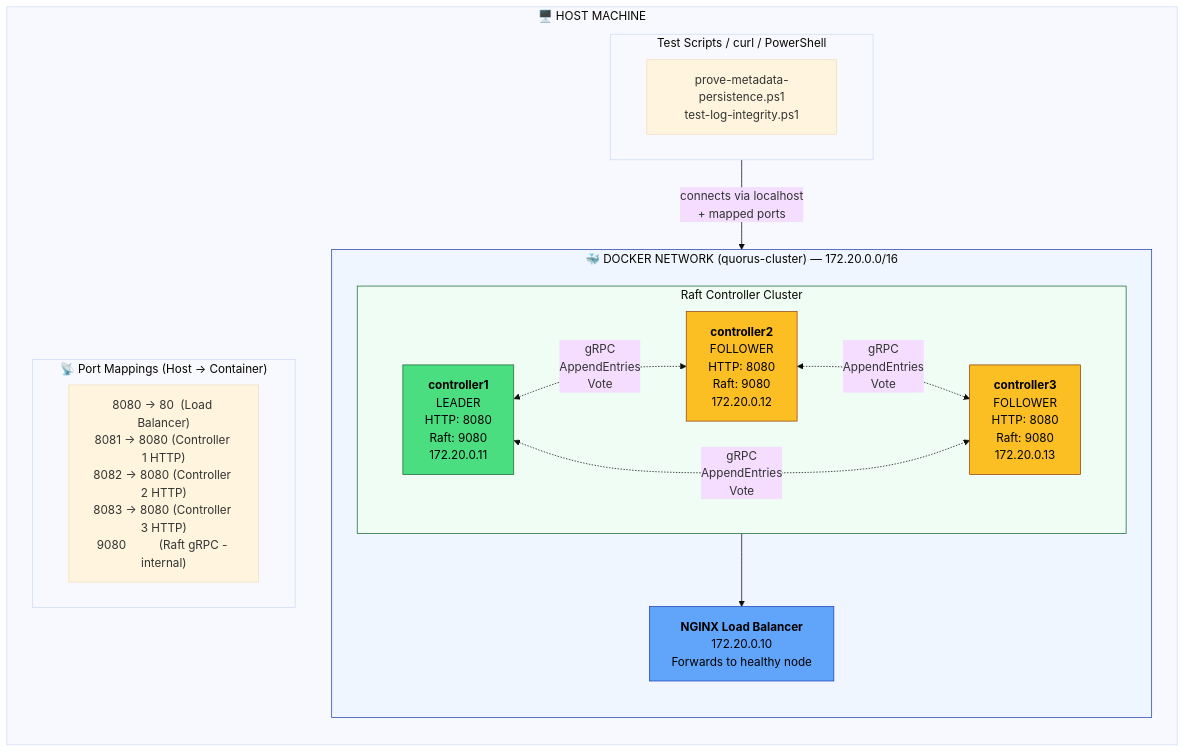
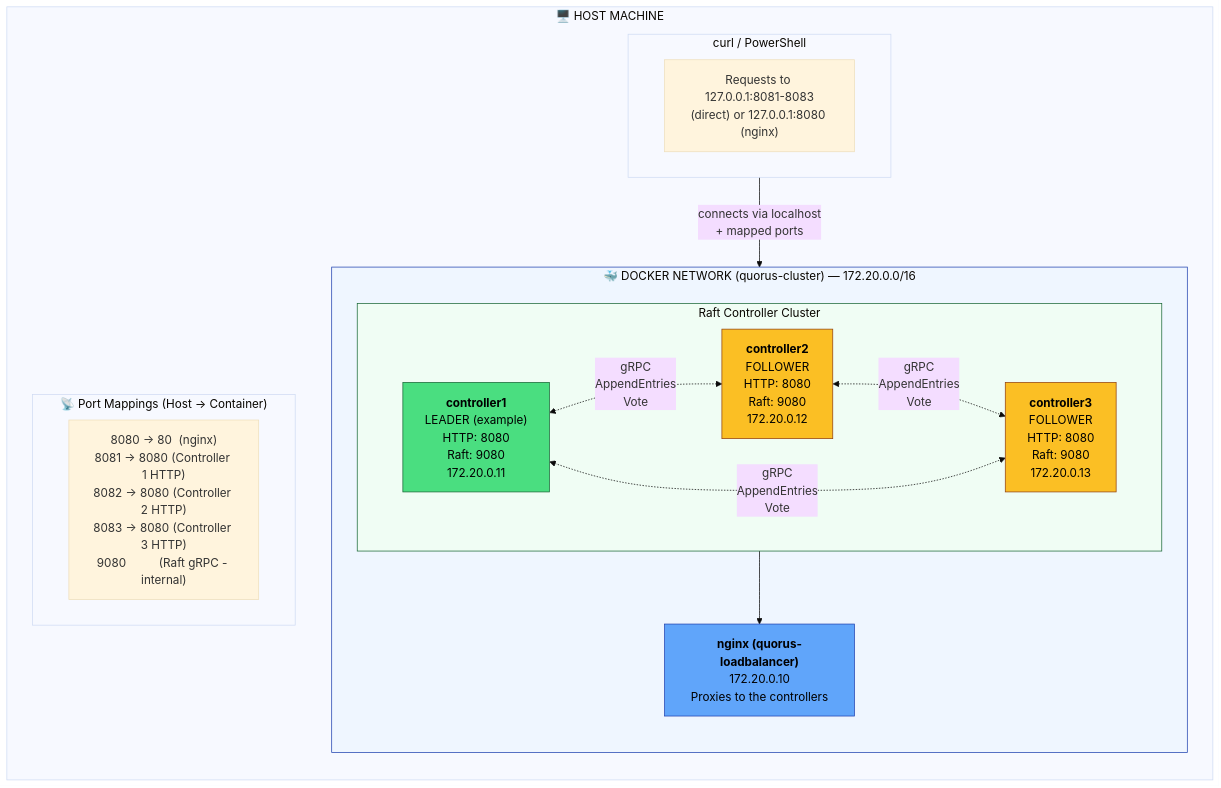
One commit to mraysmit/quorus changed the diagram in docs-design/testing/QUORUS_RAFT_CLUSTER_TESTING.md. Above: the diagram before and after it, drawn with Mermaid (base theme). The commit also changed other lines of this file and 50 other files, not shown here.

````diff
--- a/docs-design/testing/QUORUS_RAFT_CLUSTER_TESTING.md
+++ b/docs-design/testing/QUORUS_RAFT_CLUSTER_TESTING.md
@@ -126,43 +131,43 @@
 ```mermaid
 flowchart TB
     subgraph HOST["🖥️ HOST MACHINE"]
         direction TB
         
-        subgraph TESTS["Test Scripts / curl / PowerShell"]
-            T1["prove-metadata-persistence.ps1<br/>test-log-integrity.ps1"]
+        subgraph TESTS["curl / PowerShell"]
+            T1["Requests to 127.0.0.1:8081-8083<br/>(direct) or 127.0.0.1:8080 (nginx)"]
         end
         
         TESTS -->|"connects via localhost<br/>+ mapped ports"| DOCKER
         
         subgraph DOCKER["🐳 DOCKER NETWORK (quorus-cluster) — 172.20.0.0/16"]
             direction TB
             
             subgraph CLUSTER["Raft Controller Cluster"]
                 direction LR
-                C1["<b>controller1</b><br/>LEADER<br/>HTTP: 8080<br/>Raft: 9080<br/>172.20.0.11"]
+                C1["<b>controller1</b><br/>LEADER (example)<br/>HTTP: 8080<br/>Raft: 9080<br/>172.20.0.11"]
                 C2["<b>controller2</b><br/>FOLLOWER<br/>HTTP: 8080<br/>Raft: 9080<br/>172.20.0.12"]
                 C3["<b>controller3</b><br/>FOLLOWER<br/>HTTP: 8080<br/>Raft: 9080<br/>172.20.0.13"]
             end
             
             C1 <-.->|"gRPC<br/>AppendEntries<br/>Vote"| C2
             C2 <-.->|"gRPC<br/>AppendEntries<br/>Vote"| C3
             C1 <-.->|"gRPC<br/>AppendEntries<br/>Vote"| C3
             
-            LB["<b>NGINX Load Balancer</b><br/>172.20.0.10<br/>Forwards to healthy node"]
+            LB["<b>nginx (quorus-loadbalancer)</b><br/>172.20.0.10<br/>Proxies to the controllers"]
             
             CLUSTER --> LB
         end
         
         subgraph PORTS["📡 Port Mappings (Host → Container)"]
             direction LR
-            PM["8080 → 80 &nbsp;(Load Balancer)<br/>8081 → 8080 (Controller 1 HTTP)<br/>8082 → 8080 (Controller 2 HTTP)<br/>8083 → 8080 (Controller 3 HTTP)<br/>9080 &nbsp;&nbsp;&nbsp;&nbsp;&nbsp;&nbsp;&nbsp;&nbsp;&nbsp;(Raft gRPC - internal)"]
+            PM["8080 → 80 &nbsp;(nginx)<br/>8081 → 8080 (Controller 1 HTTP)<br/>8082 → 8080 (Controller 2 HTTP)<br/>8083 → 8080 (Controller 3 HTTP)<br/>9080 &nbsp;&nbsp;&nbsp;&nbsp;&nbsp;&nbsp;&nbsp;&nbsp;&nbsp;(Raft gRPC - internal)"]
         end
     end
     
     style C1 fill:#4ade80,stroke:#166534,color:#000
     style C2 fill:#fbbf24,stroke:#92400e,color:#000
     style C3 fill:#fbbf24,stroke:#92400e,color:#000
     style LB fill:#60a5fa,stroke:#1e40af,color:#000
     style CLUSTER fill:#f0fdf4,stroke:#166534
     style DOCKER fill:#eff6ff,stroke:#1e40af
 ```
````
